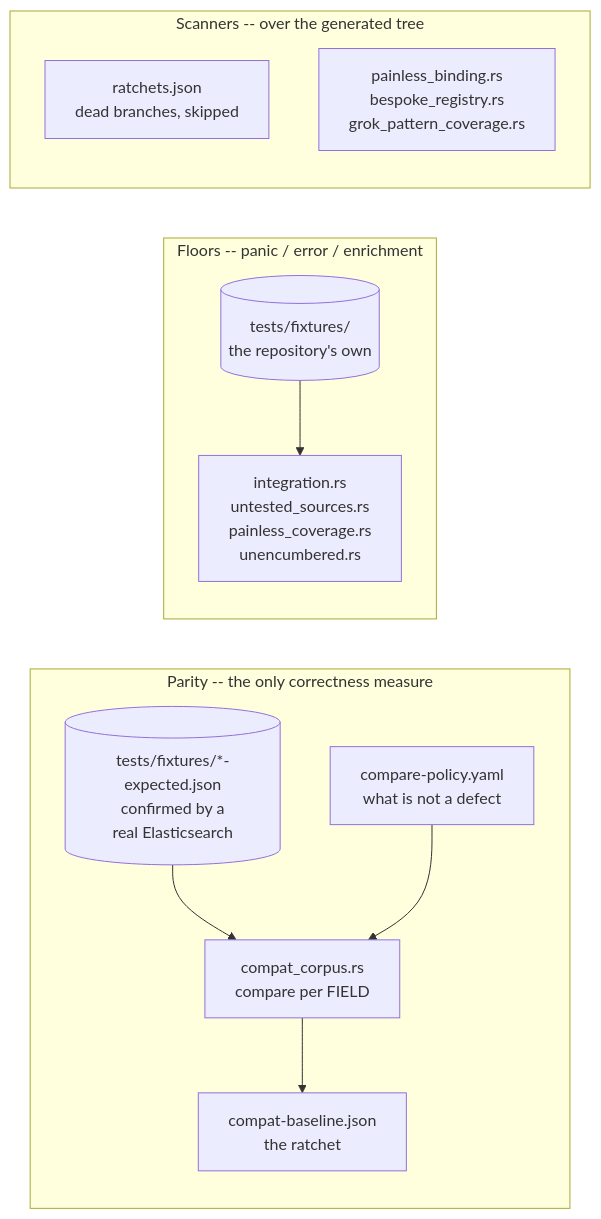
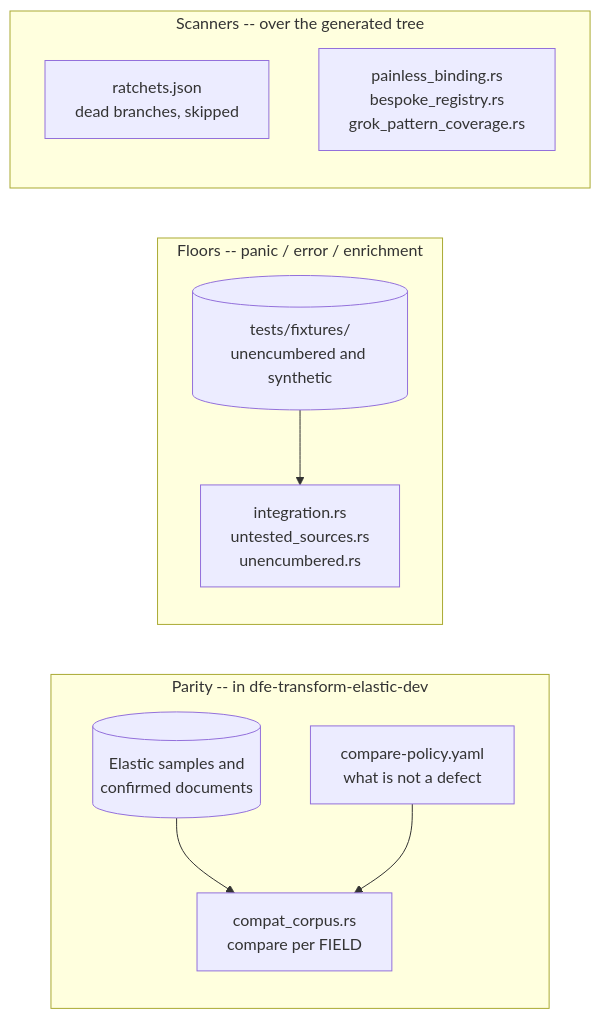
One commit to hyperi-io/dfe-transform-elastic changed the diagram in docs/testing.md. Above: the diagram before and after it, drawn with Mermaid. The commit also changed other lines of this file and 64 other files, not shown here.

````diff
--- a/docs/testing.md
+++ b/docs/testing.md
@@ -10,24 +7,22 @@
 ```mermaid
 flowchart LR
-    subgraph "Parity -- the only correctness measure"
-        corpus[(tests/fixtures/*-expected.json<br/>confirmed by a<br/>real Elasticsearch)]
+    subgraph "Parity -- in dfe-transform-elastic-dev"
+        corpus[(Elastic samples and<br/>confirmed documents)]
         cc[compat_corpus.rs<br/>compare per FIELD]
         policy[compare-policy.yaml<br/>what is not a defect]
-        base[compat-baseline.json<br/>the ratchet]
     end
 
     subgraph "Floors -- panic / error / enrichment"
-        fixtures[(tests/fixtures/<br/>the repository's own)]
-        floors[integration.rs<br/>untested_sources.rs<br/>painless_coverage.rs<br/>unencumbered.rs]
+        fixtures[(tests/fixtures/<br/>unencumbered and synthetic)]
+        floors[integration.rs<br/>untested_sources.rs<br/>unencumbered.rs]
     end
 
     subgraph "Scanners -- over the generated tree"
         ratchets[ratchets.json<br/>dead branches, skipped]
         binding[painless_binding.rs<br/>bespoke_registry.rs<br/>grok_pattern_coverage.rs]
     end
 
     corpus --> cc
     policy --> cc
-    cc --> base
     fixtures --> floors
 ```
````
